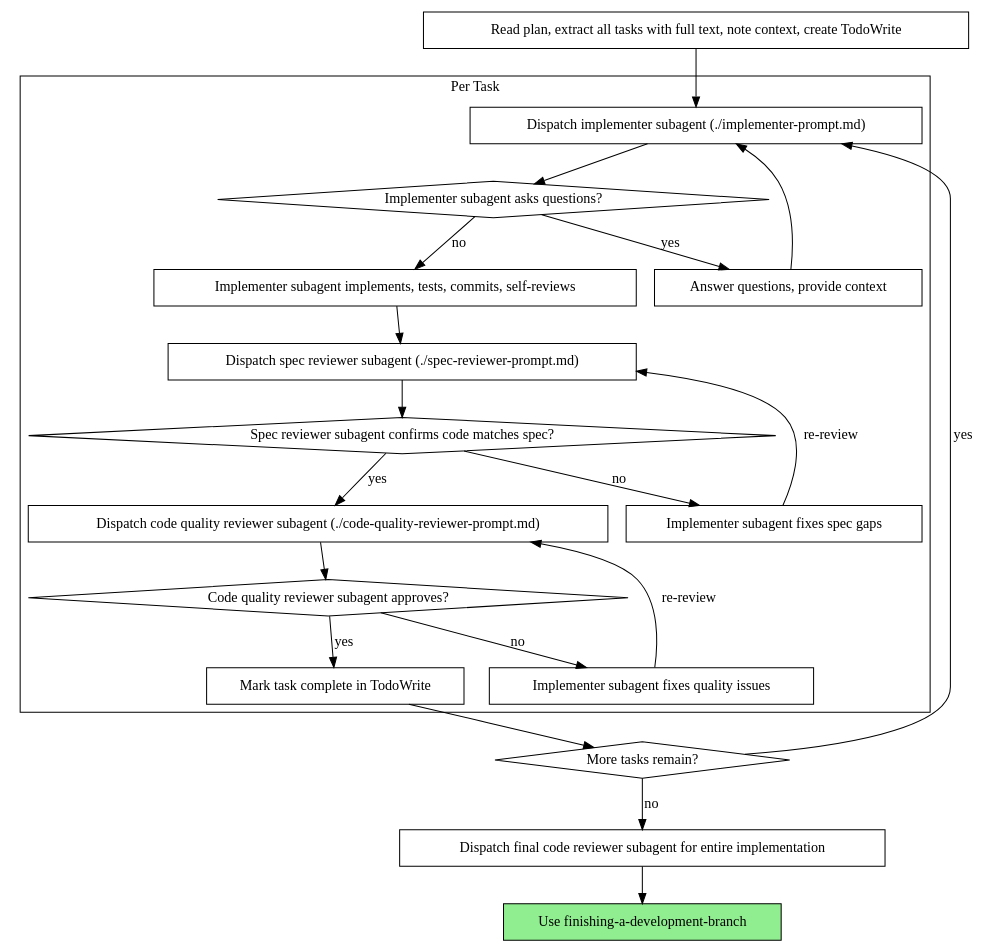
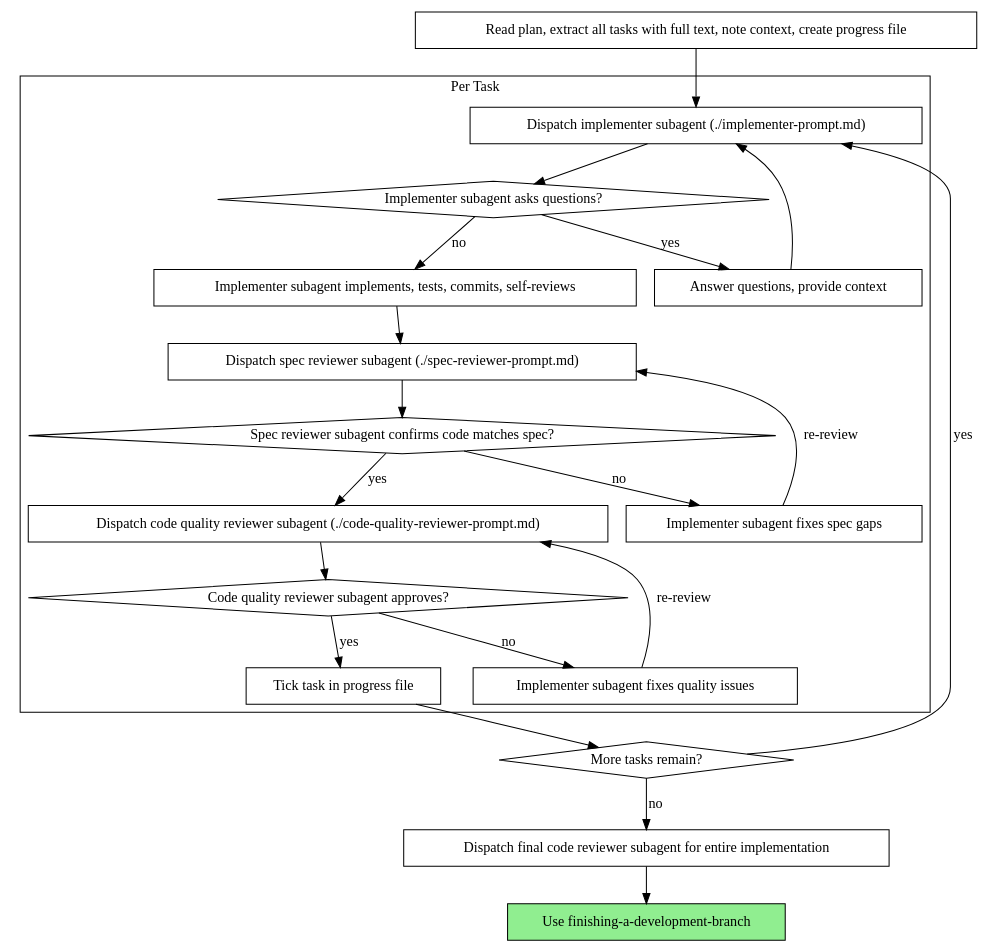
One commit to Ninety2UA/claude-code-blueprint changed the second of 2 diagrams in plugins/claude-code-blueprint/skills/subagent-driven-development/SKILL.md. Above: the diagram before and after it, drawn with Graphviz. The commit also changed other lines of this file and 5 other files, not shown here.

First line of the commit message:
docs(skills): replace TodoWrite with a plan-scoped progress ledger

````diff
--- a/plugins/claude-code-blueprint/skills/subagent-driven-development/SKILL.md
+++ b/plugins/claude-code-blueprint/skills/subagent-driven-development/SKILL.md
@@ -40,44 +40,44 @@
 ```dot
 digraph process {
     rankdir=TB;
 
     subgraph cluster_per_task {
         label="Per Task";
         "Dispatch implementer subagent (./implementer-prompt.md)" [shape=box];
         "Implementer subagent asks questions?" [shape=diamond];
         "Answer questions, provide context" [shape=box];
         "Implementer subagent implements, tests, commits, self-reviews" [shape=box];
         "Dispatch spec reviewer subagent (./spec-reviewer-prompt.md)" [shape=box];
         "Spec reviewer subagent confirms code matches spec?" [shape=diamond];
         "Implementer subagent fixes spec gaps" [shape=box];
         "Dispatch code quality reviewer subagent (./code-quality-reviewer-prompt.md)" [shape=box];
         "Code quality reviewer subagent approves?" [shape=diamond];
         "Implementer subagent fixes quality issues" [shape=box];
-        "Mark task complete in TodoWrite" [shape=box];
+        "Tick task in progress file" [shape=box];
     }
 
-    "Read plan, extract all tasks with full text, note context, create TodoWrite" [shape=box];
+    "Read plan, extract all tasks with full text, note context, create progress file" [shape=box];
     "More tasks remain?" [shape=diamond];
     "Dispatch final code reviewer subagent for entire implementation" [shape=box];
     "Use finishing-a-development-branch" [shape=box style=filled fillcolor=lightgreen];
 
-    "Read plan, extract all tasks with full text, note context, create TodoWrite" -> "Dispatch implementer subagent (./implementer-prompt.md)";
+    "Read plan, extract all tasks with full text, note context, create progress file" -> "Dispatch implementer subagent (./implementer-prompt.md)";
     "Dispatch implementer subagent (./implementer-prompt.md)" -> "Implementer subagent asks questions?";
     "Implementer subagent asks questions?" -> "Answer questions, provide context" [label="yes"];
     "Answer questions, provide context" -> "Dispatch implementer subagent (./implementer-prompt.md)";
     "Implementer subagent asks questions?" -> "Implementer subagent implements, tests, commits, self-reviews" [label="no"];
     "Implementer subagent implements, tests, commits, self-reviews" -> "Dispatch spec reviewer subagent (./spec-reviewer-prompt.md)";
     "Dispatch spec reviewer subagent (./spec-reviewer-prompt.md)" -> "Spec reviewer subagent confirms code matches spec?";
     "Spec reviewer subagent confirms code matches spec?" -> "Implementer subagent fixes spec gaps" [label="no"];
     "Implementer subagent fixes spec gaps" -> "Dispatch spec reviewer subagent (./spec-reviewer-prompt.md)" [label="re-review"];
     "Spec reviewer subagent confirms code matches spec?" -> "Dispatch code quality reviewer subagent (./code-quality-reviewer-prompt.md)" [label="yes"];
     "Dispatch code quality reviewer subagent (./code-quality-reviewer-prompt.md)" -> "Code quality reviewer subagent approves?";
     "Code quality reviewer subagent approves?" -> "Implementer subagent fixes quality issues" [label="no"];
     "Implementer subagent fixes quality issues" -> "Dispatch code quality reviewer subagent (./code-quality-reviewer-prompt.md)" [label="re-review"];
-    "Code quality reviewer subagent approves?" -> "Mark task complete in TodoWrite" [label="yes"];
-    "Mark task complete in TodoWrite" -> "More tasks remain?";
+    "Code quality reviewer subagent approves?" -> "Tick task in progress file" [label="yes"];
+    "Tick task in progress file" -> "More tasks remain?";
     "More tasks remain?" -> "Dispatch implementer subagent (./implementer-prompt.md)" [label="yes"];
     "More tasks remain?" -> "Dispatch final code reviewer subagent for entire implementation" [label="no"];
     "Dispatch final code reviewer subagent for entire implementation" -> "Use finishing-a-development-branch";
 }
 ```
````
